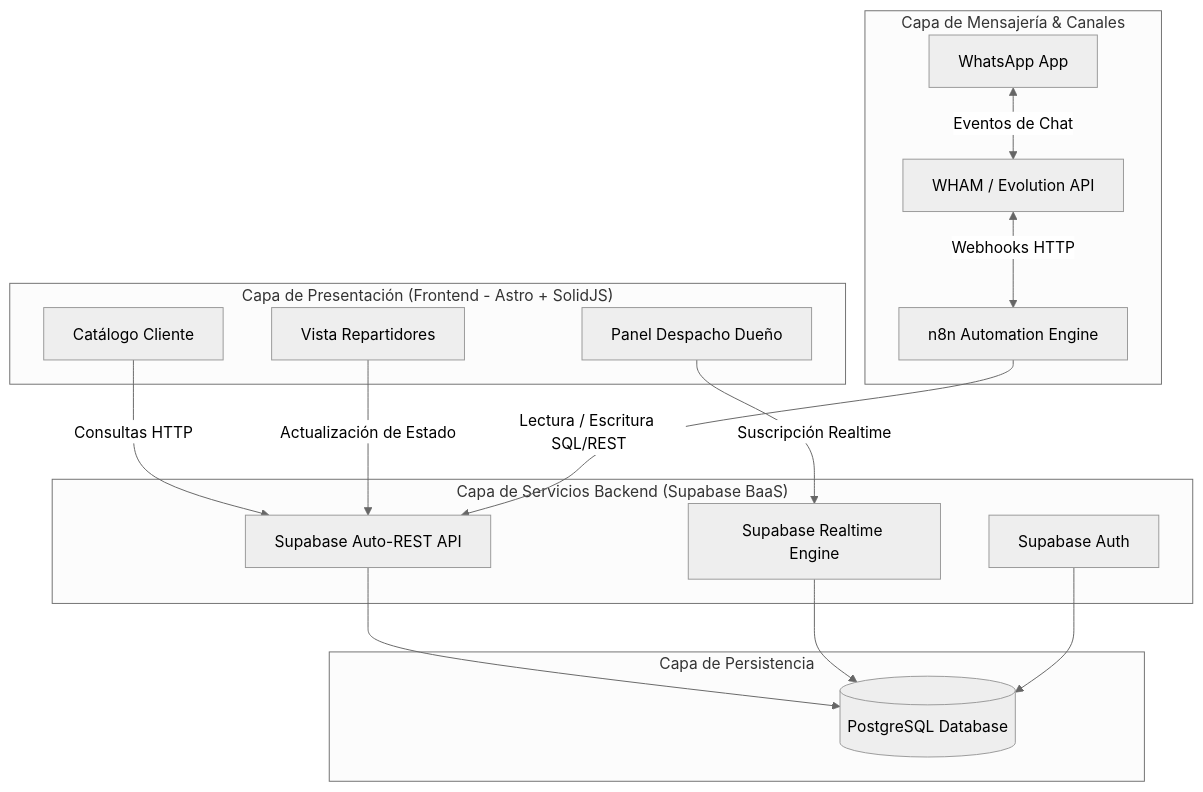
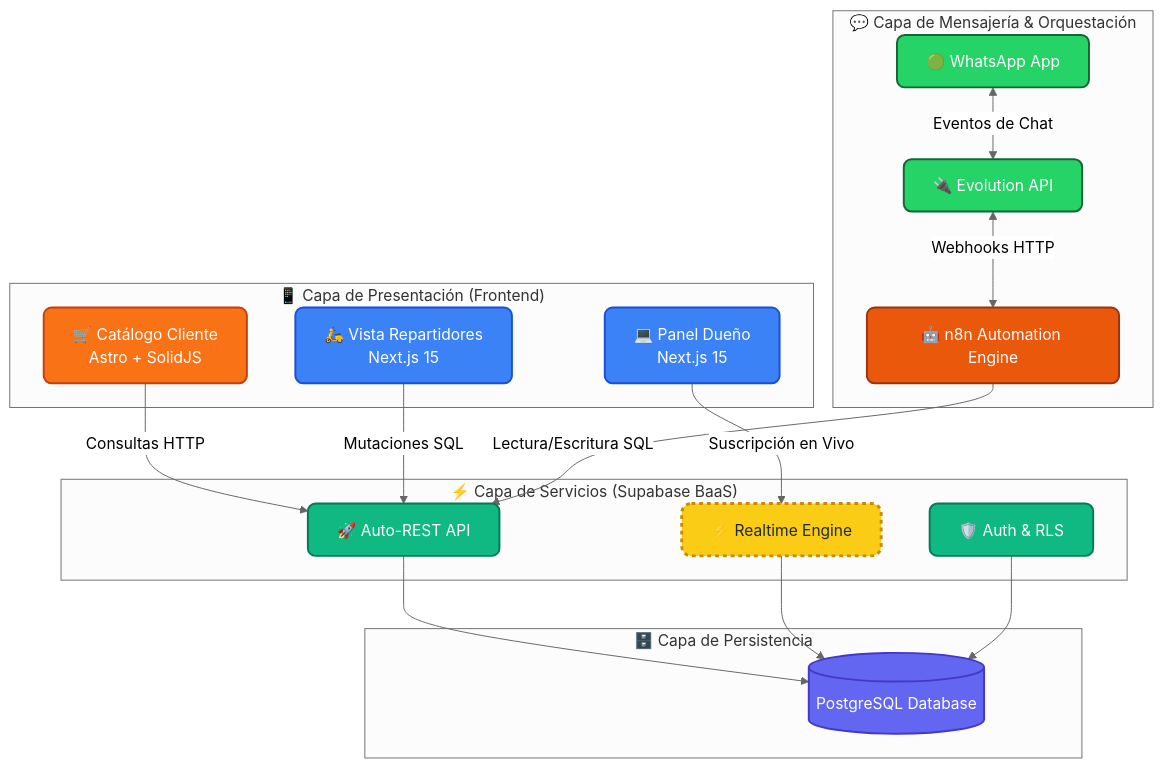
Before and after one commit to arcavcwb/center-gas: the diagram in README.md, drawn with Mermaid (neutral theme).

Commit message:
docs: apply premium nano banana mermaid styling to architecture diagram

````diff
--- a/README.md
+++ b/README.md
@@ -52,32 +52,42 @@
 ```mermaid
 graph TD
-    subgraph "Capa de Presentación (Frontend - Astro + SolidJS)"
-        C[Catálogo Cliente]
-        P[Panel Despacho Dueño]
-        R[Vista Repartidores]
+    %% Custom Premium Styles (Nano Banana Level 🍌)
+    classDef frontend fill:#3b82f6,stroke:#1d4ed8,stroke-width:2px,color:#fff,rx:8,ry:8;
+    classDef astro fill:#f97316,stroke:#c2410c,stroke-width:2px,color:#fff,rx:8,ry:8;
+    classDef whatsapp fill:#25d366,stroke:#166534,stroke-width:2px,color:#fff,rx:8,ry:8;
+    classDef n8n fill:#ea580c,stroke:#9a3412,stroke-width:2px,color:#fff,rx:8,ry:8;
+    classDef supabase fill:#10b981,stroke:#047857,stroke-width:2px,color:#fff,rx:8,ry:8;
+    classDef database fill:#6366f1,stroke:#4338ca,stroke-width:2px,color:#fff,rx:8,ry:8;
+    classDef banana fill:#facc15,stroke:#ca8a04,stroke-width:3px,color:#1e293b,rx:10,ry:10,stroke-dasharray: 4 4;
+
+    subgraph "📱 Capa de Presentación (Frontend)"
+        C[🛒 Catálogo Cliente<br>Astro + SolidJS]:::astro
+        P[💻 Panel Dueño<br>Next.js 15]:::frontend
+        R[🛵 Vista Repartidores<br>Next.js 15]:::frontend
     end
 
-    subgraph "Capa de Mensajería & Canales"
-        WA[WhatsApp App] <-->|Eventos de Chat| WHAM[WHAM / Evolution API]
-        WHAM <-->|Webhooks HTTP| N8N[n8n Automation Engine]
+    subgraph "💬 Capa de Mensajería & Orquestación"
+        WA[🟢 WhatsApp App]:::whatsapp <-->|Eventos de Chat| WHAM[🔌 Evolution API]:::whatsapp
+        WHAM <-->|Webhooks HTTP| N8N[🤖 n8n Automation Engine]:::n8n
     end
 
-    subgraph "Capa de Servicios Backend (Supabase BaaS)"
-        S_API[Supabase Auto-REST API]
-        S_RT[Supabase Realtime Engine]
-        S_AUTH[Supabase Auth]
+    subgraph "⚡ Capa de Servicios (Supabase BaaS)"
+        S_API[🚀 Auto-REST API]:::supabase
+        S_RT[⚡ Realtime Engine]:::banana
+        S_AUTH[🛡️ Auth & RLS]:::supabase
     end
 
-    subgraph "Capa de Persistencia"
-        DB[(PostgreSQL Database)]
+    subgraph "🗄️ Capa de Persistencia"
+        DB[(PostgreSQL Database)]:::database
     end
 
+    %% Relaciones
     C -->|Consultas HTTP| S_API
-    P -->|Suscripción Realtime| S_RT
-    R -->|Actualización de Estado| S_API
+    P -->|Suscripción en Vivo| S_RT
+    R -->|Mutaciones SQL| S_API
 
-    N8N -->|Lectura / Escritura SQL/REST| S_API
+    N8N -->|Lectura/Escritura SQL| S_API
     S_API --> DB
     S_RT --> DB
     S_AUTH --> DB
 ```
````
